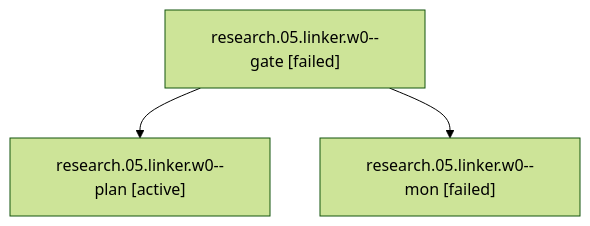
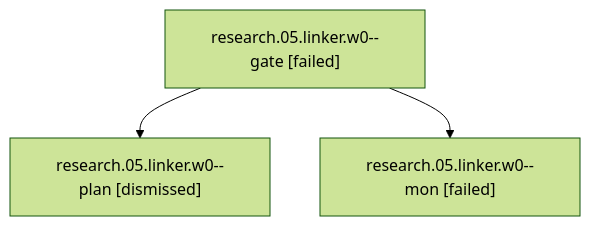
The diagram in sessions/bbugyi200.apollo.research.05.linker.w0.md (bobs-org/bob-cli--agents), drawn with Mermaid (forest theme) before and after one commit. The commit also changed other lines of this file and 977 other files, not shown here.

````diff
--- a/sessions/bbugyi200.apollo.research.05.linker.w0.md
+++ b/sessions/bbugyi200.apollo.research.05.linker.w0.md
@@ -9,8 +9,8 @@
 ```mermaid
 flowchart TD
   n0["research.05.linker.w0--gate [failed]"]
-  n1["research.05.linker.w0--plan [active]"]
+  n1["research.05.linker.w0--plan [dismissed]"]
   n0 --> n1
   n2["research.05.linker.w0--mon [failed]"]
   n0 --> n2
 ```
````
